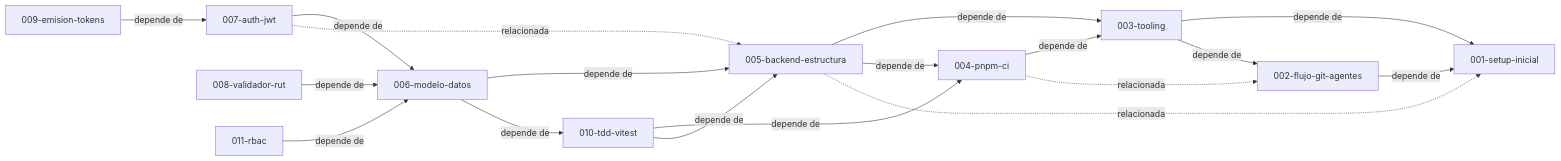
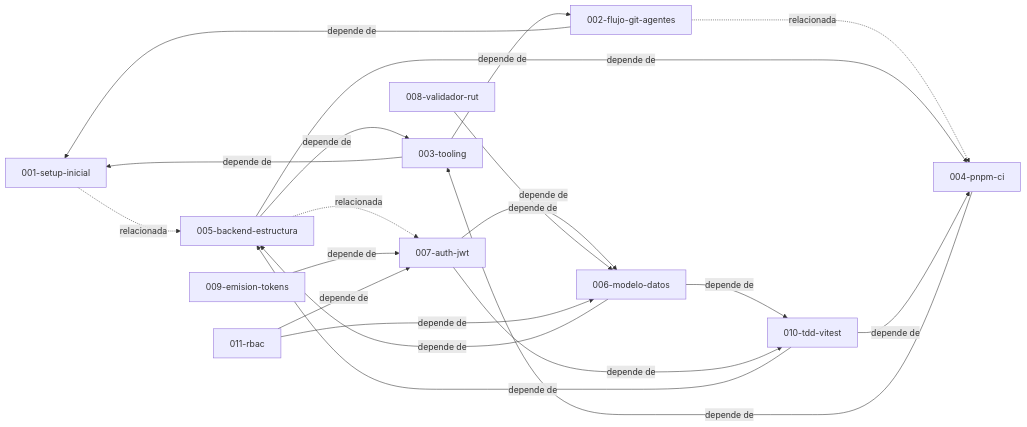
Before and after one commit to DavidSlva/financial-risk-manager: the diagram in docs/specs/README.md, drawn with Mermaid. The commit also changed other lines of this file and 10 other files, not shown here.

````diff
--- a/docs/specs/README.md
+++ b/docs/specs/README.md
@@ -23,31 +23,33 @@
 ```mermaid
 graph LR
   S001[001-setup-inicial]
   S002[002-flujo-git-agentes]
   S003[003-tooling]
   S004[004-pnpm-ci]
   S005[005-backend-estructura]
   S006[006-modelo-datos]
   S007[007-auth-jwt]
   S008[008-validador-rut]
   S009[009-emision-tokens]
   S010[010-tdd-vitest]
   S011[011-rbac]
+  S001 -.->|relacionada| S005
   S002 -->|depende de| S001
+  S002 -.->|relacionada| S004
   S003 -->|depende de| S001
   S003 -->|depende de| S002
   S004 -->|depende de| S003
-  S004 -.->|relacionada| S002
   S005 -->|depende de| S003
   S005 -->|depende de| S004
-  S005 -.->|relacionada| S001
+  S005 -.->|relacionada| S007
   S006 -->|depende de| S005
   S006 -->|depende de| S010
   S007 -->|depende de| S006
-  S007 -.->|relacionada| S005
+  S007 -->|depende de| S010
   S008 -->|depende de| S006
   S009 -->|depende de| S007
   S010 -->|depende de| S004
   S010 -->|depende de| S005
   S011 -->|depende de| S006
+  S011 -->|depende de| S007
 ```
````
